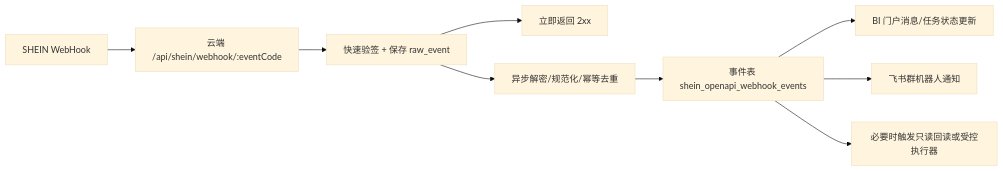
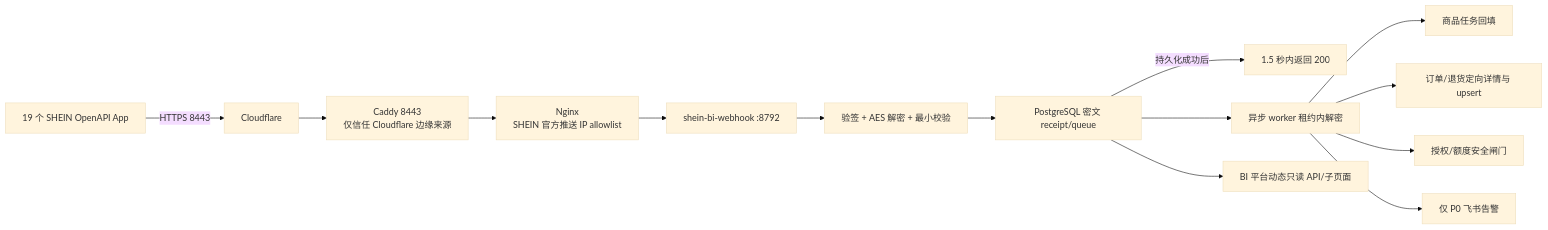
Before and after one commit to dushengyi1993/shein-sales-bi: the diagram in docs/shein-webhook-receiver-design.md, drawn with Mermaid (base theme). The commit also changed other lines of this file and 56 other files, not shown here.

````diff
--- a/docs/shein-webhook-receiver-design.md
+++ b/docs/shein-webhook-receiver-design.md
@@ -18,11 +17,16 @@
 ```mermaid
 flowchart LR
-  A["SHEIN WebHook"] --> B["云端 /api/shein/webhook/:eventCode"]
-  B --> C["快速验签 + 保存 raw_event"]
-  C --> D["立即返回 2xx"]
-  C --> E["异步解密/规范化/幂等去重"]
-  E --> F["事件表 shein_openapi_webhook_events"]
-  F --> G["BI 门户消息/任务状态更新"]
-  F --> H["飞书群机器人通知"]
-  F --> I["必要时触发只读回读或受控执行器"]
+  A["19 个 SHEIN OpenAPI App"] -->|"HTTPS 8443"| B["Cloudflare"]
+  B --> C["Caddy 8443\n仅信任 Cloudflare 边缘来源"]
+  C --> D["Nginx\nSHEIN 官方推送 IP allowlist"]
+  D --> E["shein-bi-webhook :8792"]
+  E --> F["验签 + AES 解密 + 最小校验"]
+  F --> G["PostgreSQL 密文 receipt/queue"]
+  G -->|"持久化成功后"| H["1.5 秒内返回 200"]
+  G --> I["异步 worker 租约内解密"]
+  I --> J["商品任务回填"]
+  I --> K["订单/退货定向详情与 upsert"]
+  I --> L["授权/额度安全闸门"]
+  I --> M["仅 P0 飞书告警"]
+  G --> N["BI 平台动态只读 API/子页面"]
 ```
````
